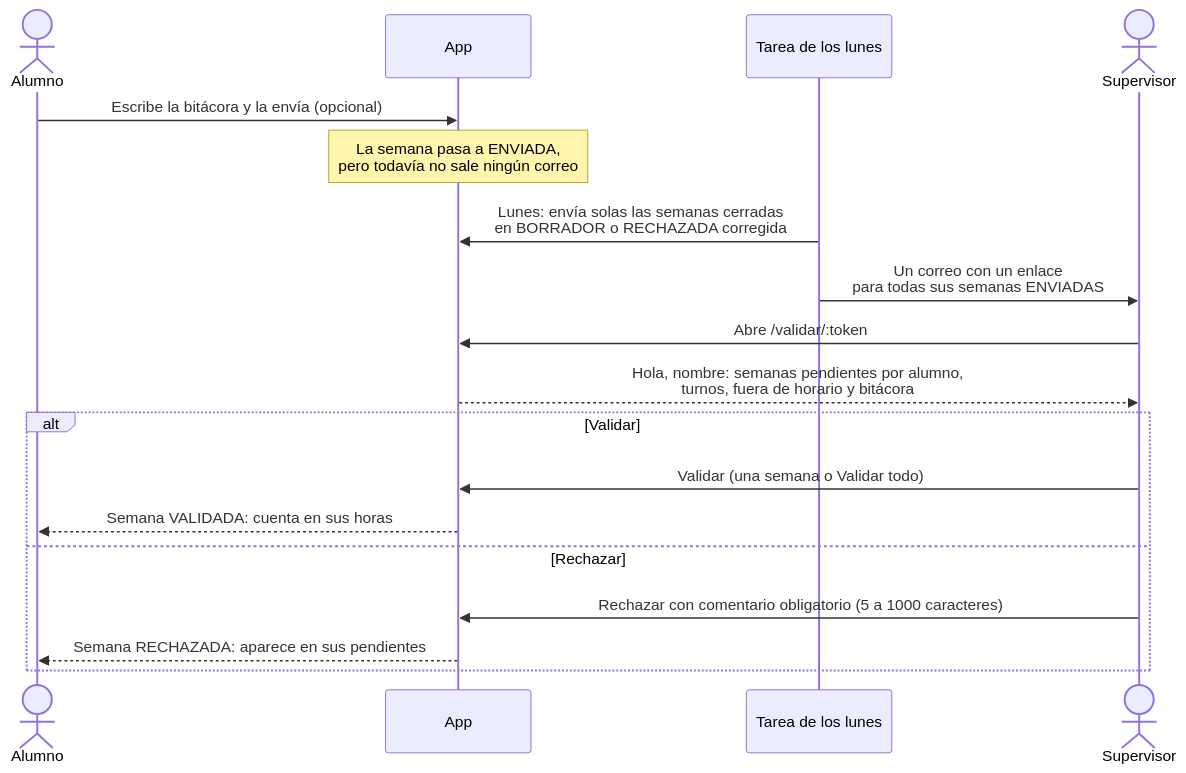
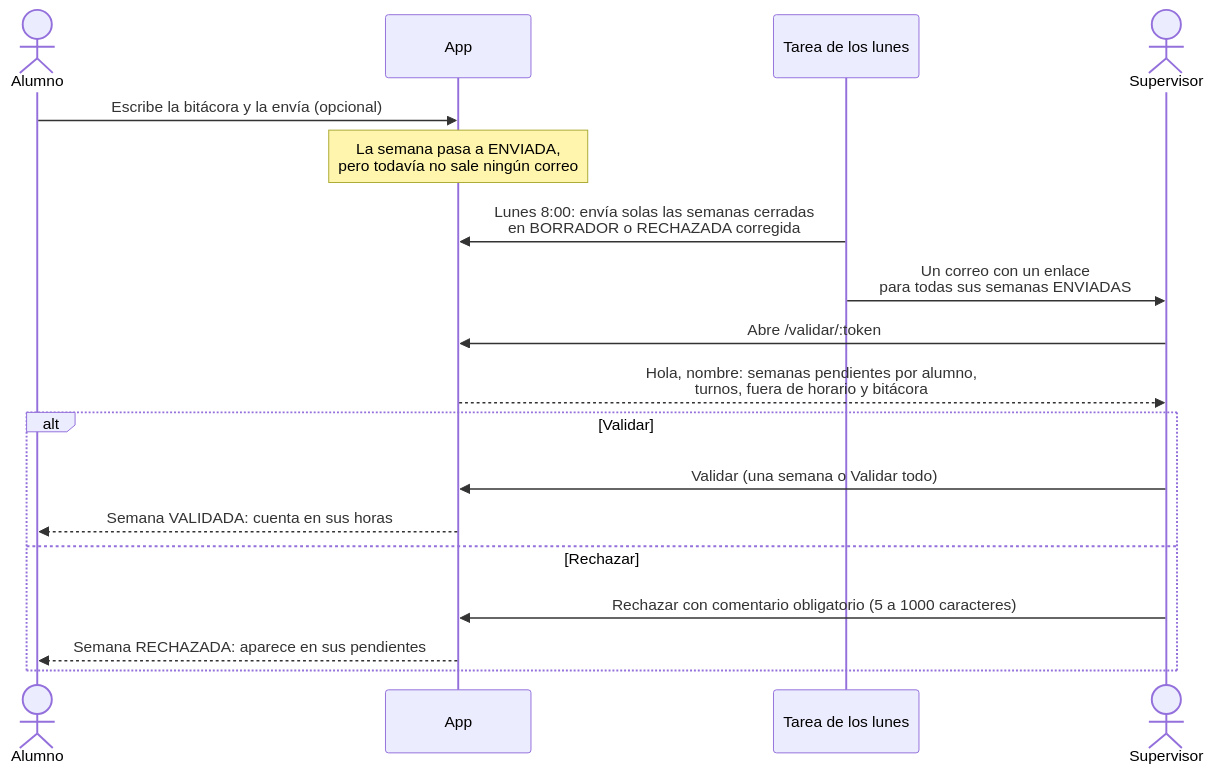
One commit to leslie-garcia801/praxis changed diagram 11 of 12 in docs/flujo-app.md. Above: the diagram before and after it, drawn with Mermaid. The commit also changed other lines of this file and 3 other files, not shown here.

Commit message:
docs: update the app flow and the project status to iterations 1-7 and the post-MVP improvements

````diff
--- a/docs/flujo-app.md
+++ b/docs/flujo-app.md
@@ -235,21 +322,21 @@
 ```mermaid
 sequenceDiagram
     actor AL as Alumno
     participant APP as App
     participant JOB as Tarea de los lunes
     actor SUP as Supervisor
 
     AL->>APP: Escribe la bitácora y la envía (opcional)
     Note over APP: La semana pasa a ENVIADA,<br/>pero todavía no sale ningún correo
-    JOB->>APP: Lunes: envía solas las semanas cerradas<br/>en BORRADOR o RECHAZADA corregida
+    JOB->>APP: Lunes 8:00: envía solas las semanas cerradas<br/>en BORRADOR o RECHAZADA corregida
     JOB->>SUP: Un correo con un enlace<br/>para todas sus semanas ENVIADAS
     SUP->>APP: Abre /validar/:token
     APP-->>SUP: Hola, nombre: semanas pendientes por alumno,<br/>turnos, fuera de horario y bitácora
     alt Validar
         SUP->>APP: Validar (una semana o Validar todo)
         APP-->>AL: Semana VALIDADA: cuenta en sus horas
     else Rechazar
         SUP->>APP: Rechazar con comentario obligatorio (5 a 1000 caracteres)
         APP-->>AL: Semana RECHAZADA: aparece en sus pendientes
     end
 ```
````
